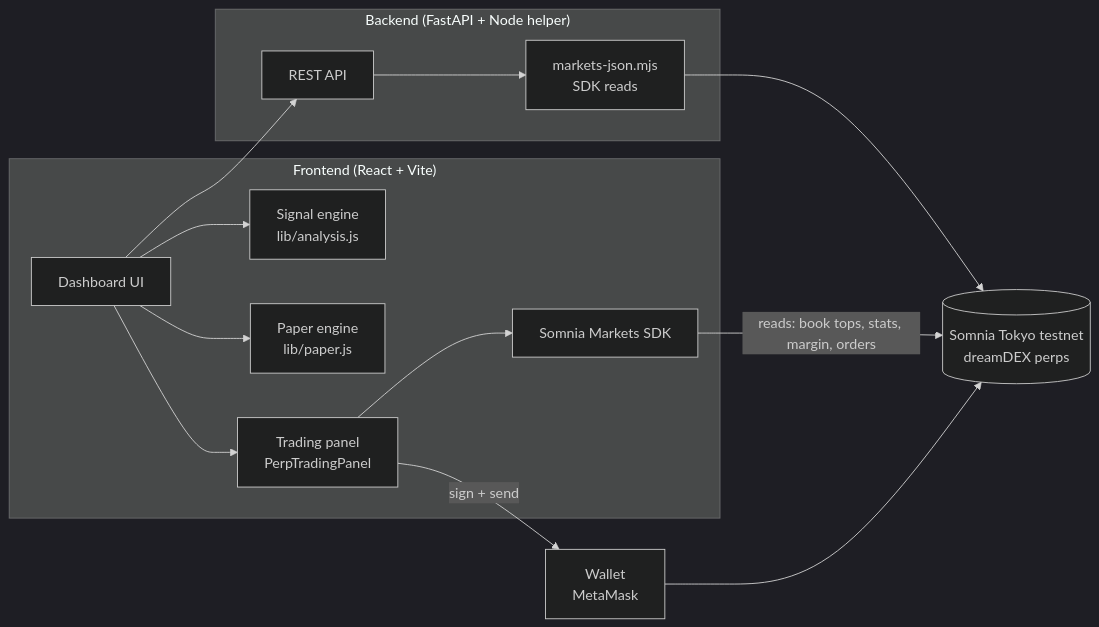
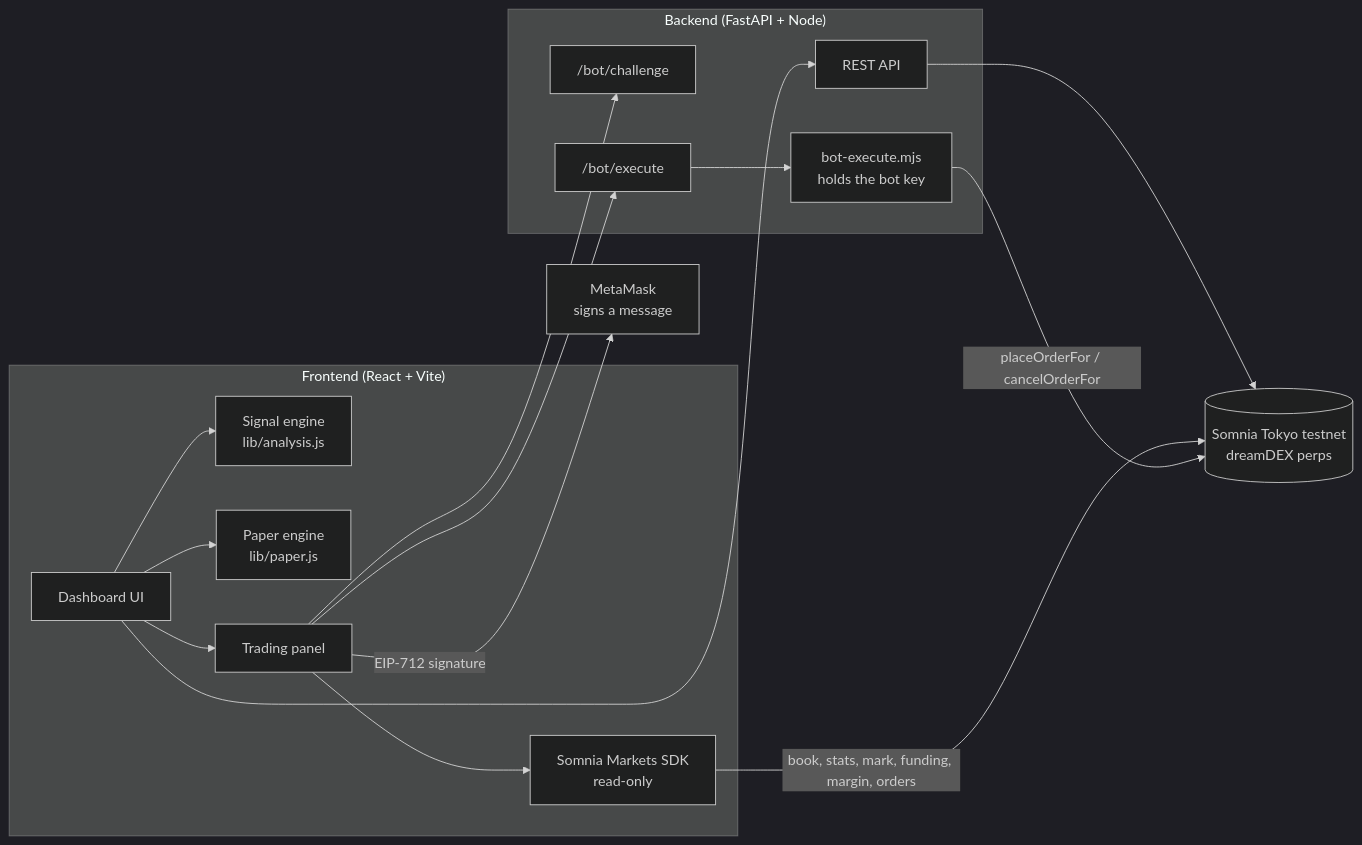
One commit to Hajrajadoon/PerpPilot-AI changed the second of 2 diagrams in frontend/README.md. Above: the diagram before and after it, drawn with Mermaid (dark theme). The commit also changed other lines of this file and 12 other files, not shown here.

Commit message:
PerpPilot AI: linked-bot real orders, live market state, error boundaries, README

````diff
--- a/frontend/README.md
+++ b/frontend/README.md
@@ -42,23 +132,27 @@
 ```mermaid
 flowchart LR
     subgraph Browser["Frontend (React + Vite)"]
         UI[Dashboard UI]
         SIG[Signal engine<br/>lib/analysis.js]
         PAPER[Paper engine<br/>lib/paper.js]
-        TRADE[Trading panel<br/>PerpTradingPanel]
-        SDK[Somnia Markets SDK]
+        TRADE[Trading panel]
+        SDK[Somnia Markets SDK<br/>read-only]
     end
-    subgraph Backend["Backend (FastAPI + Node helper)"]
+    subgraph Backend["Backend (FastAPI + Node)"]
         API[REST API]
-        NODE[markets-json.mjs<br/>SDK reads]
+        CH1["/bot/challenge"]
+        CH2["/bot/execute"]
+        BOT[bot-execute.mjs<br/>holds the bot key]
     end
-    W[Wallet<br/>MetaMask]
-    CH[(Somnia Tokyo testnet<br/>dreamDEX perps)]
+    W[MetaMask<br/>signs a message]
+    CHAIN[(Somnia Tokyo testnet<br/>dreamDEX perps)]
 
-    UI --> API --> NODE --> CH
     UI --> SIG
     UI --> PAPER
-    UI --> TRADE --> SDK
-    SDK -->|reads: book tops, stats, margin, orders| CH
-    TRADE -->|sign + send| W --> CH
+    UI --> TRADE
+    UI --> API --> CHAIN
+    TRADE --> SDK -->|book, stats, mark, funding, margin, orders| CHAIN
+    TRADE --> CH1
+    TRADE -->|EIP-712 signature| W
+    TRADE --> CH2 --> BOT -->|placeOrderFor / cancelOrderFor| CHAIN
 ```
````
